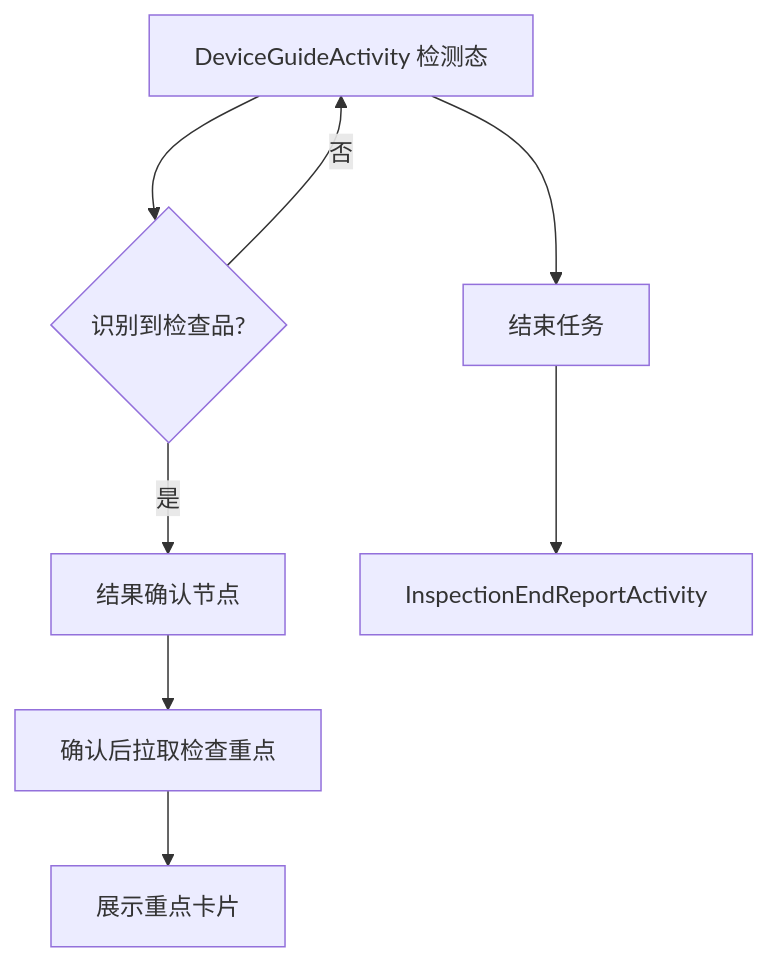
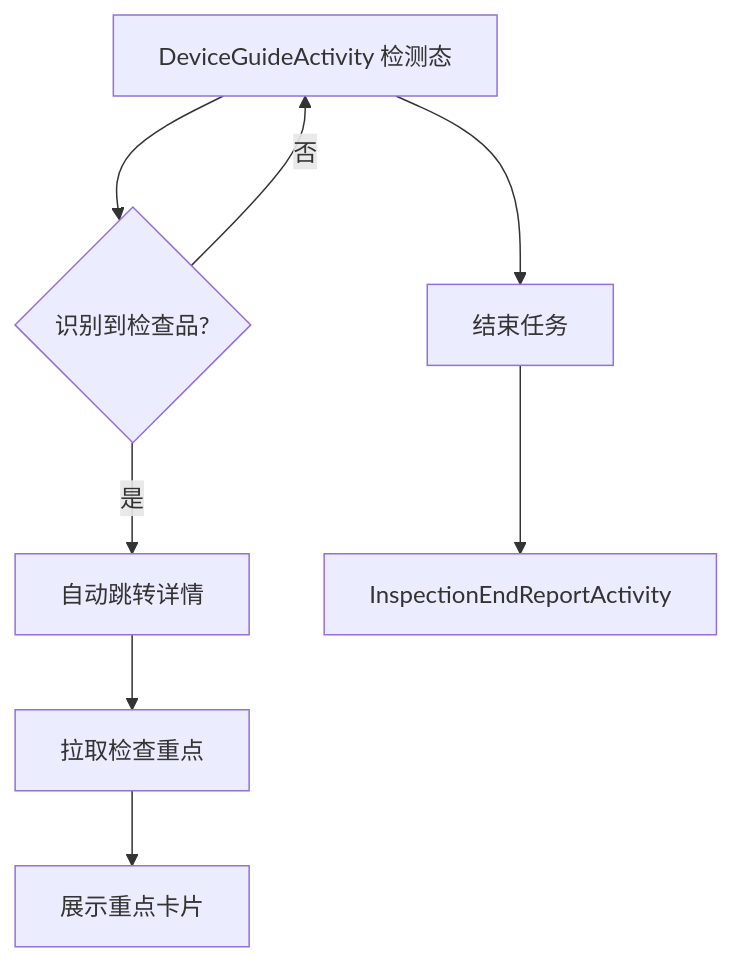
The diagram in docs/总体旅程图/设备指引旅程图.md (WuChaoli/HiddenRiskGlass), drawn with Mermaid before and after one commit. The commit also changed 34 other files, not shown here.

````diff
--- a/docs/总体旅程图/设备指引旅程图.md
+++ b/docs/总体旅程图/设备指引旅程图.md
@@ -7,10 +7,10 @@
 ```mermaid
 flowchart TD
     A["DeviceGuideActivity 检测态"] --> B{"识别到检查品?"}
     B -- 否 --> A
-    B -- 是 --> C["结果确认节点"]
-    C --> D["确认后拉取检查重点"]
+    B -- 是 --> C["自动跳转详情"]
+    C --> D["拉取检查重点"]
     D --> E["展示重点卡片"]
     A --> F["结束任务"]
     F --> G["InspectionEndReportActivity"]
 ```
````
